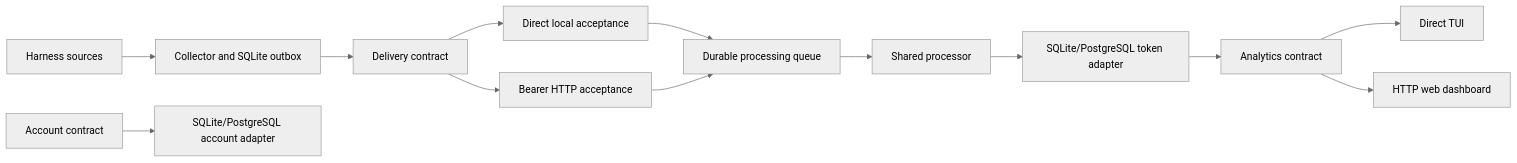
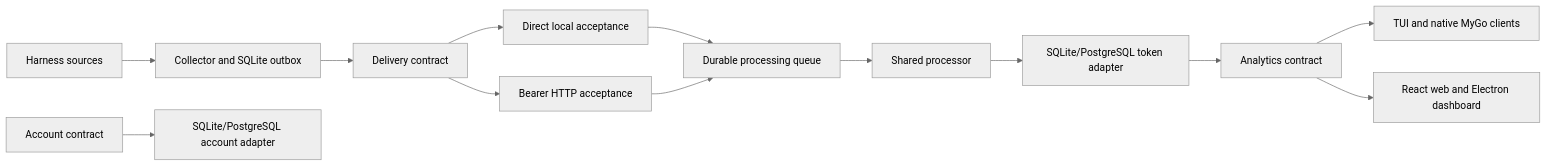
One commit to flexdinesh/tokeninsights changed the diagram in docs/system.md. Above: the diagram before and after it, drawn with Mermaid (neutral theme). The commit also changed other lines of this file and 760 other files, not shown here.

````diff
--- a/docs/system.md
+++ b/docs/system.md
@@ -13,15 +13,15 @@
 ```mermaid
 flowchart LR
   S[Harness sources] --> C[Collector and SQLite outbox]
   C --> D[Delivery contract]
   D --> L[Direct local acceptance]
   D --> H[Bearer HTTP acceptance]
   L --> Q[Durable processing queue]
   H --> Q
   Q --> P[Shared processor]
   P --> T[SQLite/PostgreSQL token adapter]
   T --> R[Analytics contract]
-  R --> U[Direct TUI]
-  R --> W[HTTP web dashboard]
+  R --> U[TUI and native MyGo clients]
+  R --> W[React web and Electron dashboard]
   A[Account contract] --> AS[SQLite/PostgreSQL account adapter]
 ```
````
